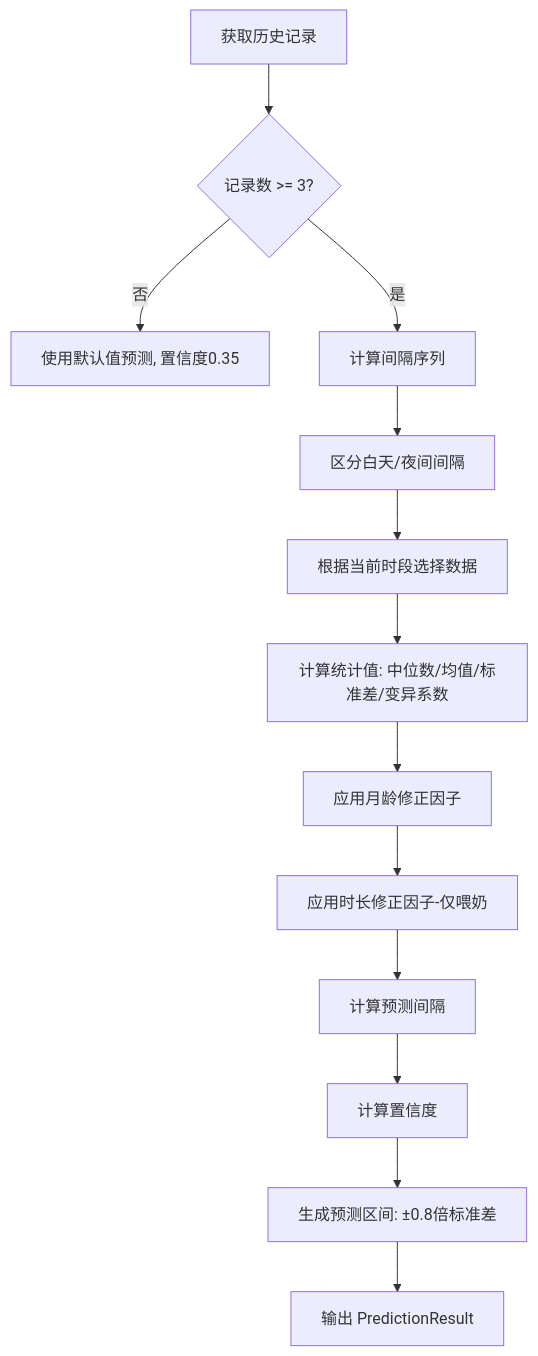
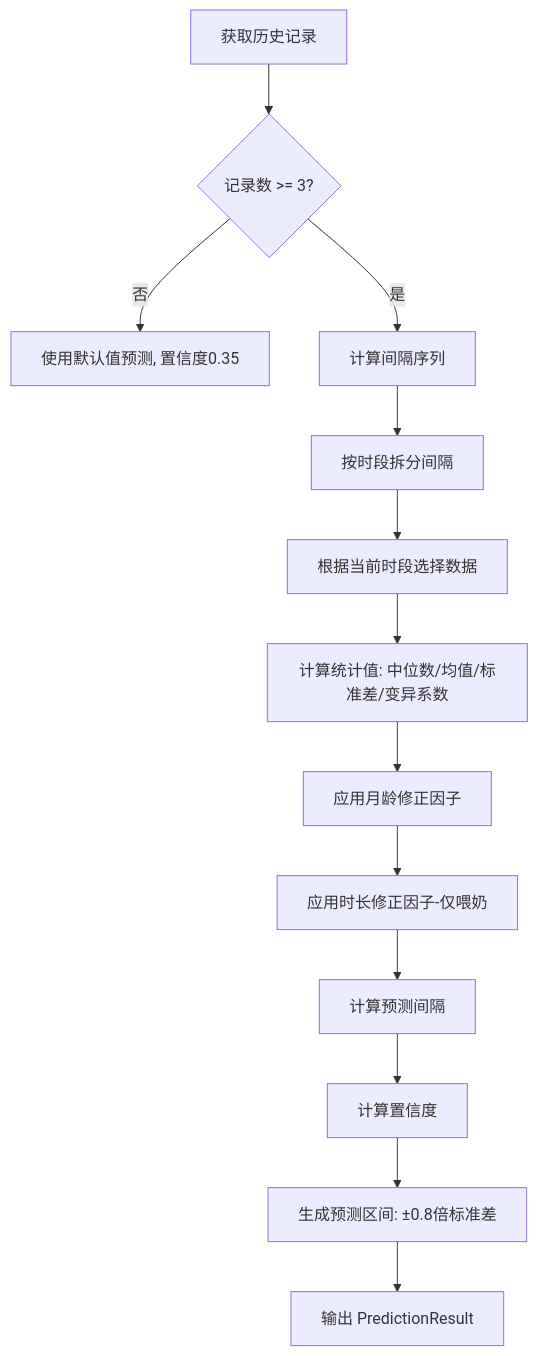
One commit to SilentHiKing/babycare changed the third of 3 diagrams in README.md. Above: the diagram before and after it, drawn with Mermaid. The commit also changed other lines of this file and 158 other files, not shown here.

````diff
--- a/README.md
+++ b/README.md
@@ -193,15 +193,15 @@
 ```mermaid
 flowchart TB
     A[获取历史记录] --> B{记录数 >= 3?}
     B -- 否 --> C[使用默认值预测, 置信度0.35]
     B -- 是 --> D[计算间隔序列]
-    D --> E[区分白天/夜间间隔]
+    D --> E[按时段拆分间隔]
     E --> F[根据当前时段选择数据]
     F --> G[计算统计值: 中位数/均值/标准差/变异系数]
     G --> H[应用月龄修正因子]
     H --> I[应用时长修正因子-仅喂奶]
     I --> J[计算预测间隔]
     J --> K[计算置信度]
     K --> L[生成预测区间: ±0.8倍标准差]
     L --> M[输出 PredictionResult]
 ```
````
